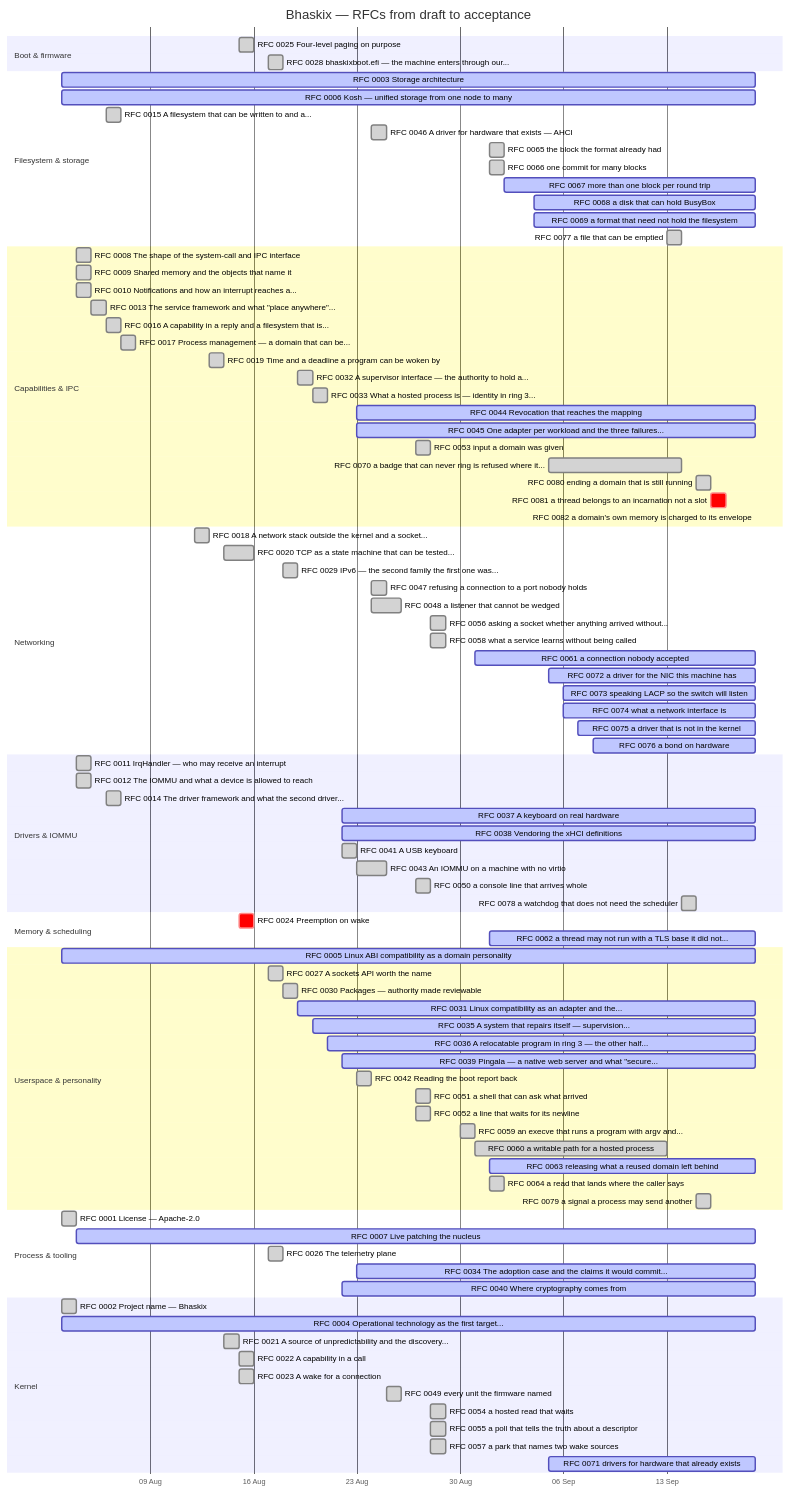
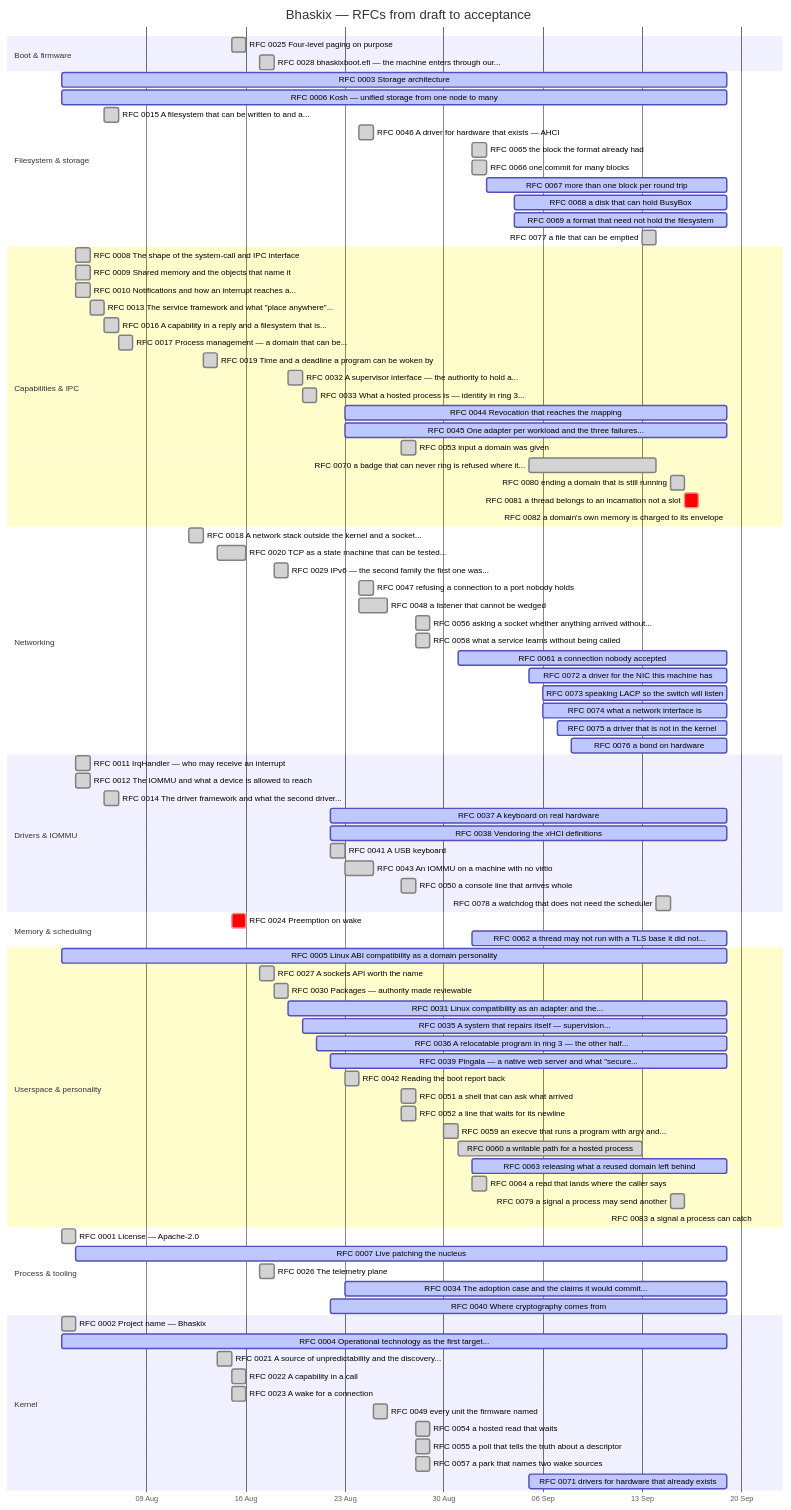
One commit to bhaskix/bhaskix changed the diagram in docs/progress.md. Above: the diagram before and after it, drawn with Mermaid. The commit also changed other lines of this file and 11 other files, not shown here.

```diff
--- a/docs/progress.md
+++ b/docs/progress.md
@@ -101,6 +101,7 @@
     RFC 0063 releasing what a reused domain left behind :active, r0063, 2026-09-01, 2026-09-19
     RFC 0064 a read that lands where the caller says :done, r0064, 2026-09-01, 1d
     RFC 0079 a signal a process may send another :done, r0079, 2026-09-15, 1d
+    RFC 0083 a signal a process can catch :active, r0083, 2026-09-21, 2026-09-21
     section Process & tooling
     RFC 0001 License — Apache-2.0 :done, r0001, 2026-08-03, 1d
     RFC 0007 Live patching the nucleus :active, r0007, 2026-08-04, 2026-09-19
```
